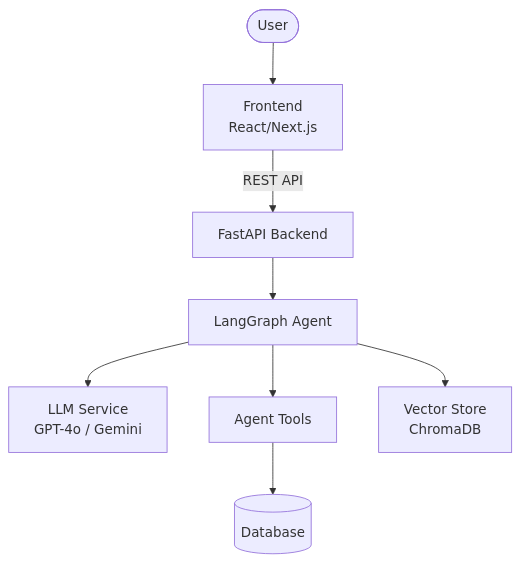
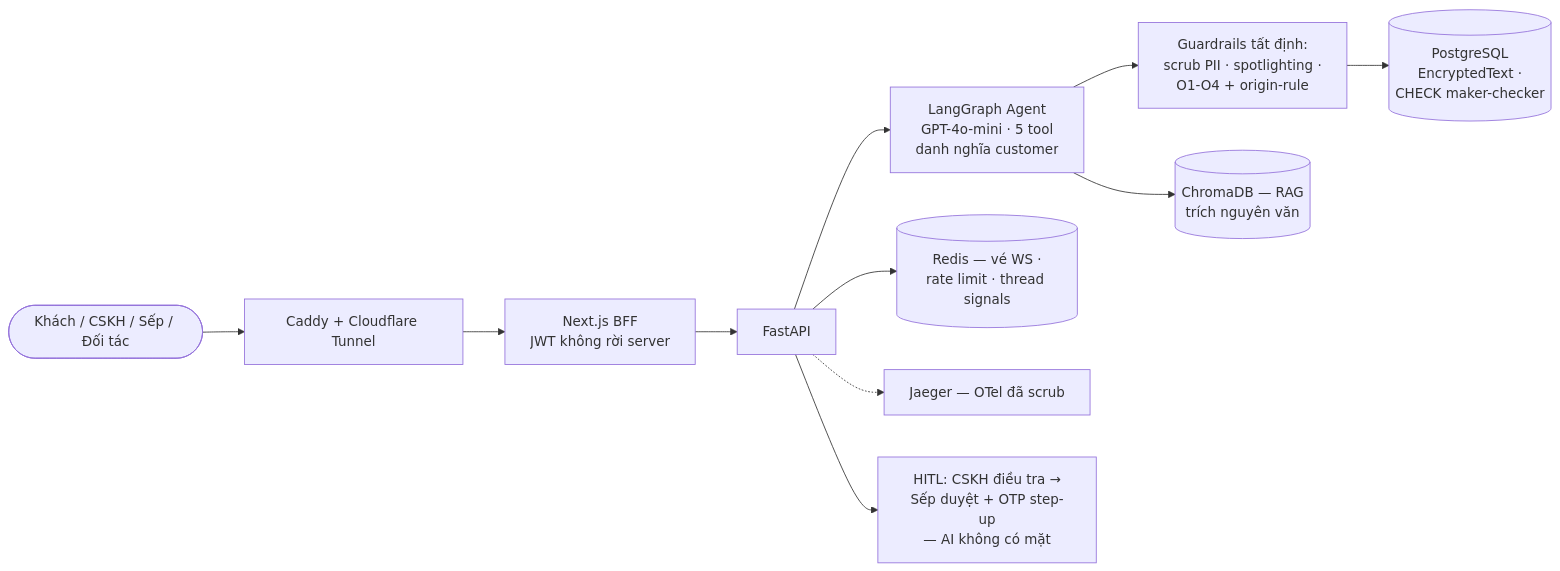
One commit to jinsimple/Sen-AI-customer-service-agent-for-e-wallets changed the diagram in docs/architecture_diagram.md. Above: the diagram before and after it, drawn with Mermaid. The commit also changed other lines of this file and 1 other file, not shown here.

First line of the commit message:
docs(architecture): thay placeholder template bằng kiến trúc THẬT (deliverable #3)

````diff
--- a/docs/architecture_diagram.md
+++ b/docs/architecture_diagram.md
@@ -5,10 +6,13 @@
 ```mermaid
-graph TB
-    User([User]) --> UI[Frontend<br/>React/Next.js]
-    UI -->|REST API| API[FastAPI Backend]
-    API --> Agent[LangGraph Agent]
-    Agent --> LLM[LLM Service<br/>GPT-4o / Gemini]
-    Agent --> Tools[Agent Tools]
-    Tools --> DB[(Database)]
-    Agent --> VS[Vector Store<br/>ChromaDB]
+graph LR
+    U([Khách / CSKH / Sếp / Đối tác]) --> C[Caddy + Cloudflare Tunnel]
+    C --> FE[Next.js BFF<br/>JWT không rời server]
+    FE --> BE[FastAPI]
+    BE --> AG[LangGraph Agent<br/>GPT-4o-mini · 5 tool<br/>danh nghĩa customer]
+    AG --> GD[Guardrails tất định:<br/>scrub PII · spotlighting ·<br/>O1-O4 + origin-rule]
+    GD --> DB[(PostgreSQL<br/>EncryptedText ·<br/>CHECK maker-checker)]
+    AG --> RAG[(ChromaDB — RAG<br/>trích nguyên văn)]
+    BE --> RD[(Redis — vé WS ·<br/>rate limit · thread signals)]
+    BE -.-> JG[Jaeger — OTel đã scrub]
+    BE --> HITL[HITL: CSKH điều tra →<br/>Sếp duyệt + OTP step-up<br/>— AI không có mặt]
 ```
````
